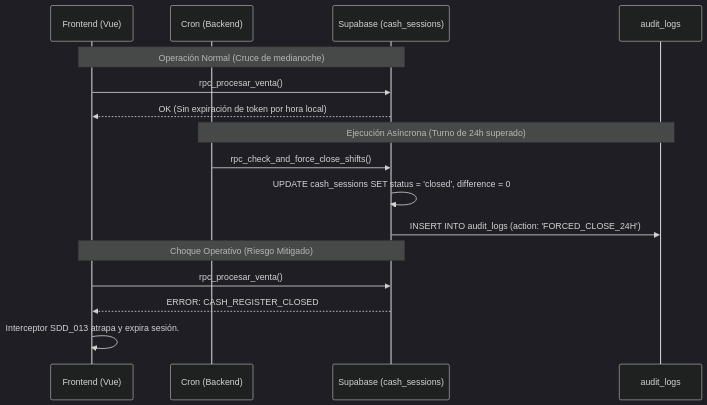
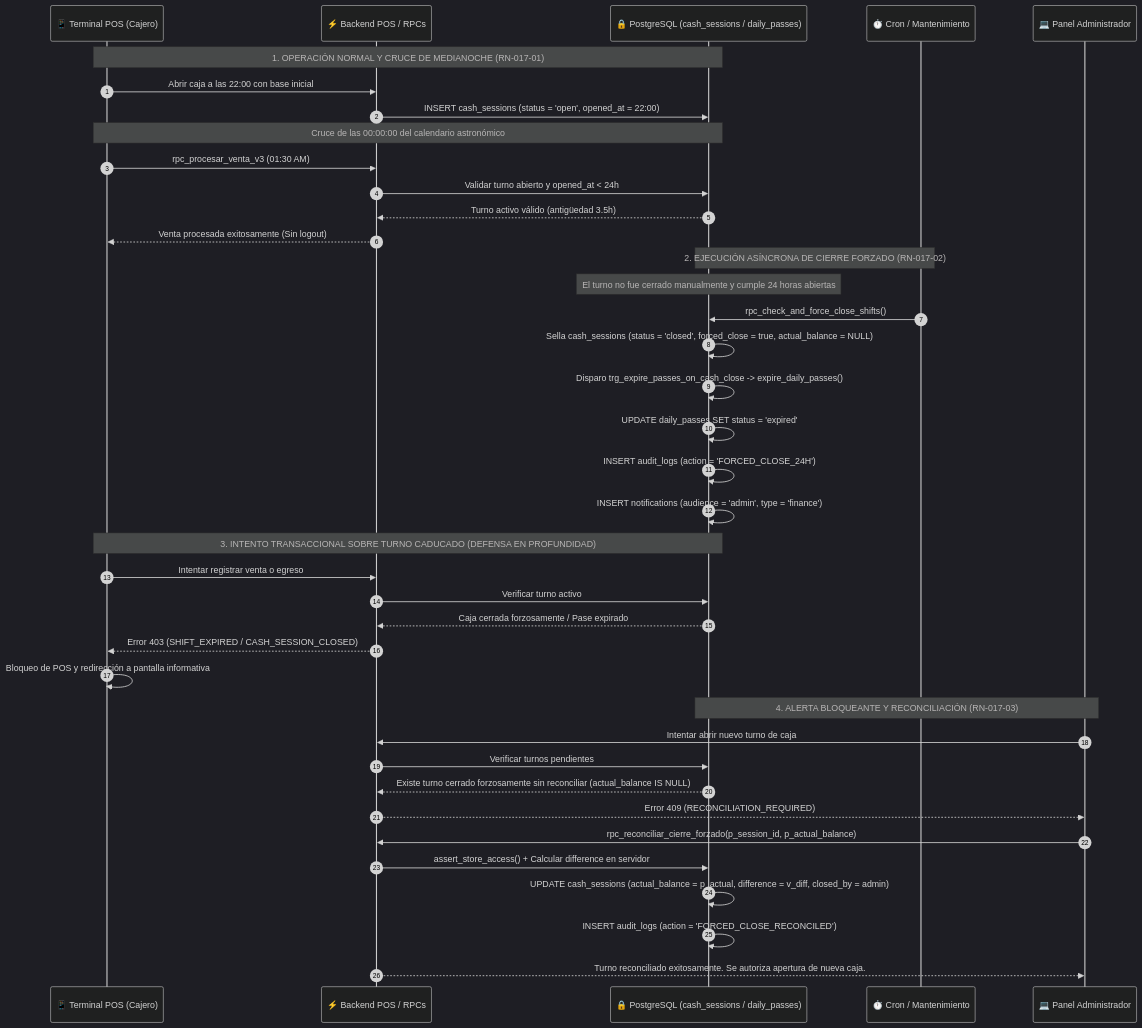
The first of 2 diagrams in documentation/01_requirements/SDD/SDD_017_CICLO_CONTABLE_Y_SESIONES.md (YamirJCF/tienda-barrio-pro), drawn with Mermaid (dark theme) before and after one commit. The commit also changed other lines of this file, not shown here.

Commit message:
docs(sdd): saneamiento arquitectonico y sanitizacion de SDD-017 bajo PAC-SDD v2.0

````diff
--- a/documentation/01_requirements/SDD/SDD_017_CICLO_CONTABLE_Y_SESIONES.md
+++ b/documentation/01_requirements/SDD/SDD_017_CICLO_CONTABLE_Y_SESIONES.md
@@ -25,21 +61,45 @@
 ```mermaid
 sequenceDiagram
-    participant UI as Frontend (Vue)
-    participant Cron as Cron (Backend)
-    participant DB as Supabase (cash_sessions)
-    participant AL as audit_logs
+    autonumber
+    participant Cajero as 📱 Terminal POS (Cajero)
+    participant POS as ⚡ Backend POS / RPCs
+    participant DB as 🔒 PostgreSQL (cash_sessions / daily_passes)
+    participant Cron as ⏱️ Cron / Mantenimiento
+    participant Admin as 💻 Panel Administrador
 
-    Note over UI, DB: Operación Normal (Cruce de medianoche)
-    UI->>DB: rpc_procesar_venta()
-    DB-->>UI: OK (Sin expiración de token por hora local)
+    Note over Cajero, DB: 1. OPERACIÓN NORMAL Y CRUCE DE MEDIANOCHE (RN-017-01)
+    Cajero->>POS: Abrir caja a las 22:00 con base inicial
+    POS->>DB: INSERT cash_sessions (status = 'open', opened_at = 22:00)
+    Note over Cajero, DB: Cruce de las 00:00:00 del calendario astronómico
+    Cajero->>POS: rpc_procesar_venta_v3 (01:30 AM)
+    POS->>DB: Validar turno abierto y opened_at < 24h
+    DB-->>POS: Turno activo válido (antigüedad 3.5h)
+    POS-->>Cajero: Venta procesada exitosamente (Sin logout)
 
-    Note over Cron, AL: Ejecución Asíncrona (Turno de 24h superado)
+    Note over Cron, DB: 2. EJECUCIÓN ASÍNCRONA DE CIERRE FORZADO (RN-017-02)
+    Note over DB: El turno no fue cerrado manualmente y cumple 24 horas abiertas
     Cron->>DB: rpc_check_and_force_close_shifts()
-    DB->>DB: UPDATE cash_sessions SET status = 'closed', difference = 0
-    DB->>AL: INSERT INTO audit_logs (action: 'FORCED_CLOSE_24H')
-    
-    Note over UI, DB: Choque Operativo (Riesgo Mitigado)
-    UI->>DB: rpc_procesar_venta()
-    DB-->>UI: ERROR: CASH_REGISTER_CLOSED
-    UI->>UI: Interceptor SDD_013 atrapa y expira sesión.
+    DB->>DB: Sella cash_sessions (status = 'closed', forced_close = true, actual_balance = NULL)
+    DB->>DB: Disparo trg_expire_passes_on_cash_close -> expire_daily_passes()
+    DB->>DB: UPDATE daily_passes SET status = 'expired'
+    DB->>DB: INSERT audit_logs (action = 'FORCED_CLOSE_24H')
+    DB->>DB: INSERT notifications (audience = 'admin', type = 'finance')
+
+    Note over Cajero, DB: 3. INTENTO TRANSACCIONAL SOBRE TURNO CADUCADO (DEFENSA EN PROFUNDIDAD)
+    Cajero->>POS: Intentar registrar venta o egreso
+    POS->>DB: Verificar turno activo
+    DB-->>POS: Caja cerrada forzosamente / Pase expirado
+    POS-->>Cajero: Error 403 (SHIFT_EXPIRED / CASH_SESSION_CLOSED)
+    Cajero->>Cajero: Bloqueo de POS y redirección a pantalla informativa
+
+    Note over Admin, DB: 4. ALERTA BLOQUEANTE Y RECONCILIACIÓN (RN-017-03)
+    Admin->>POS: Intentar abrir nuevo turno de caja
+    POS->>DB: Verificar turnos pendientes
+    DB-->>POS: Existe turno cerrado forzosamente sin reconciliar (actual_balance IS NULL)
+    POS-->>Admin: Error 409 (RECONCILIATION_REQUIRED)
+    Admin->>POS: rpc_reconciliar_cierre_forzado(p_session_id, p_actual_balance)
+    POS->>DB: assert_store_access() + Calcular difference en servidor
+    DB->>DB: UPDATE cash_sessions (actual_balance = p_actual, difference = v_diff, closed_by = admin)
+    DB->>DB: INSERT audit_logs (action = 'FORCED_CLOSE_RECONCILED')
+    POS-->>Admin: Turno reconciliado exitosamente. Se autoriza apertura de nueva caja.
 ```
````
